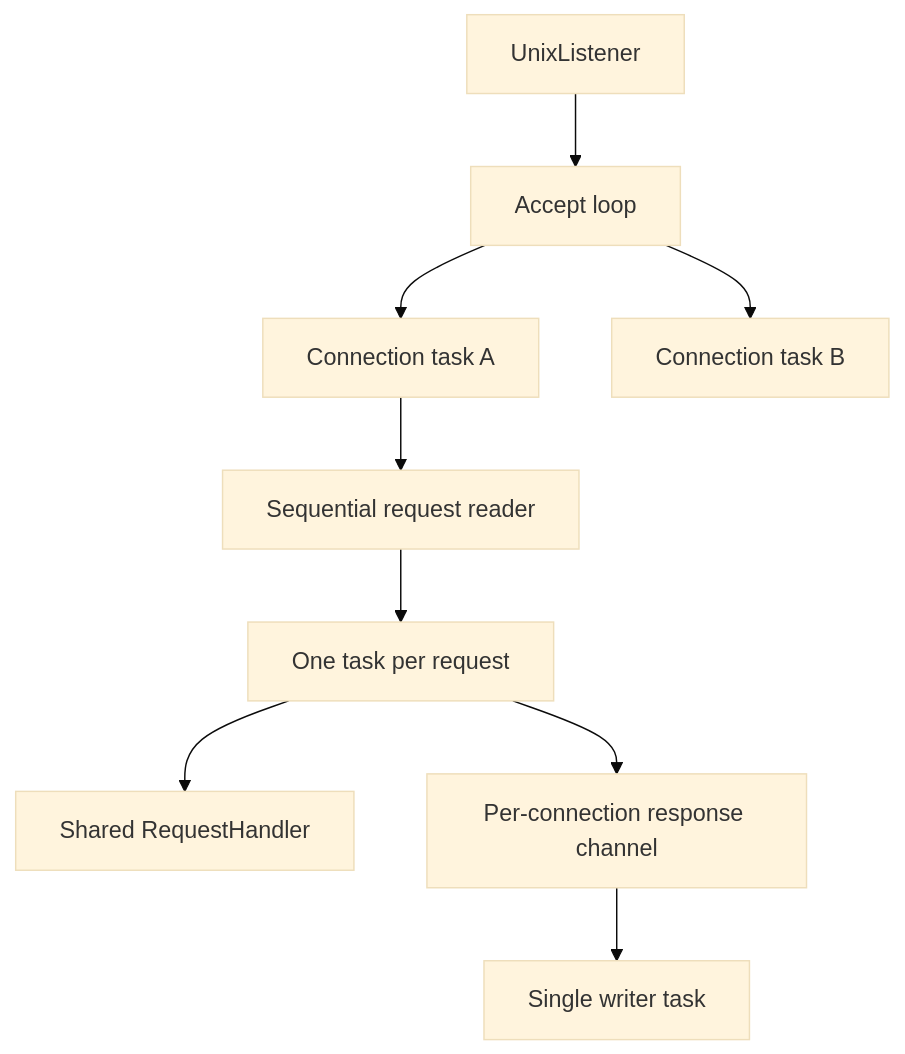
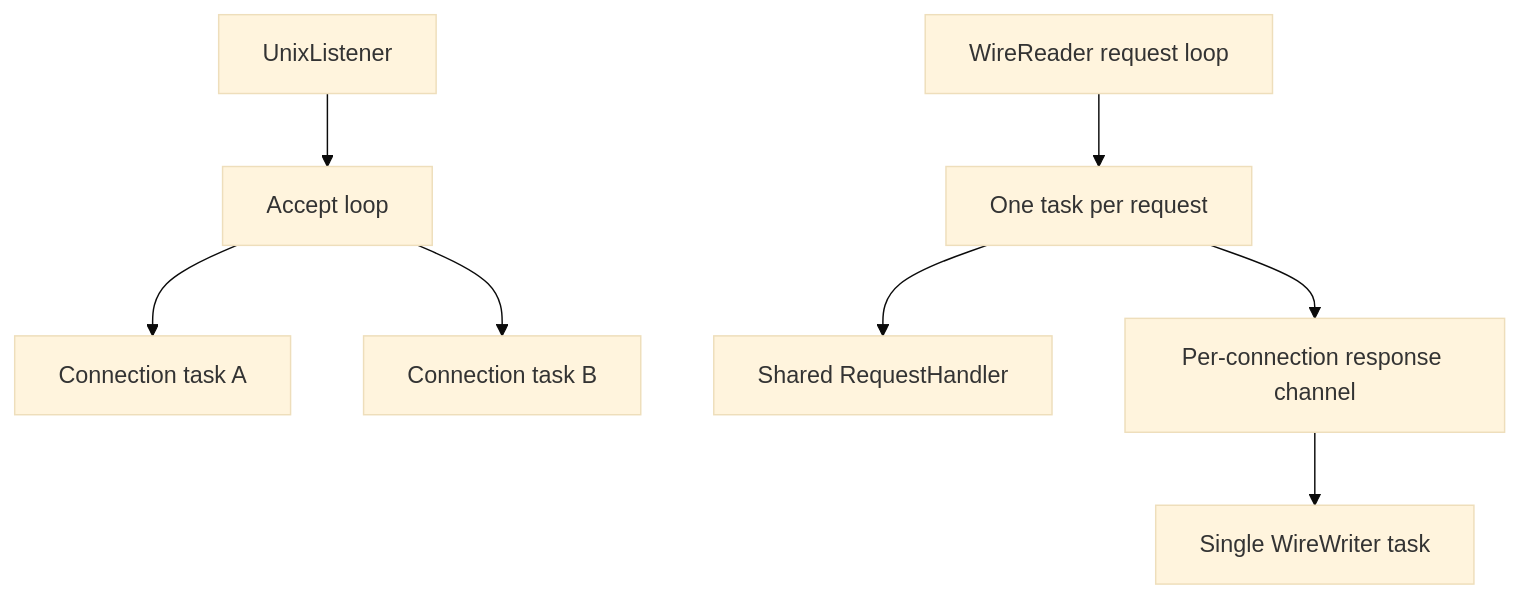
One commit to rust10x/rust10x changed the sixth of 7 diagrams in handbook/guide/domain/ipc/ipc-socket-design.md. Above: the diagram before and after it, drawn with Mermaid (base theme). The commit also changed other lines of this file and 4 other files, not shown here.

````diff
--- a/handbook/guide/domain/ipc/ipc-socket-design.md
+++ b/handbook/guide/domain/ipc/ipc-socket-design.md
@@ -180,12 +184,12 @@
 ```mermaid
 flowchart TB
     Listener["UnixListener"] --> Accept["Accept loop"]
     Accept --> ConnA["Connection task A"]
     Accept --> ConnB["Connection task B"]
 
-    ConnA --> Read["Sequential request reader"]
+    Read["WireReader request loop"]
     Read --> Execute["One task per request"]
     Execute --> Handler["Shared RequestHandler"]
     Execute --> Queue["Per-connection response channel"]
-    Queue --> Write["Single writer task"]
+    Queue --> Write["Single WireWriter task"]
 ```
````
